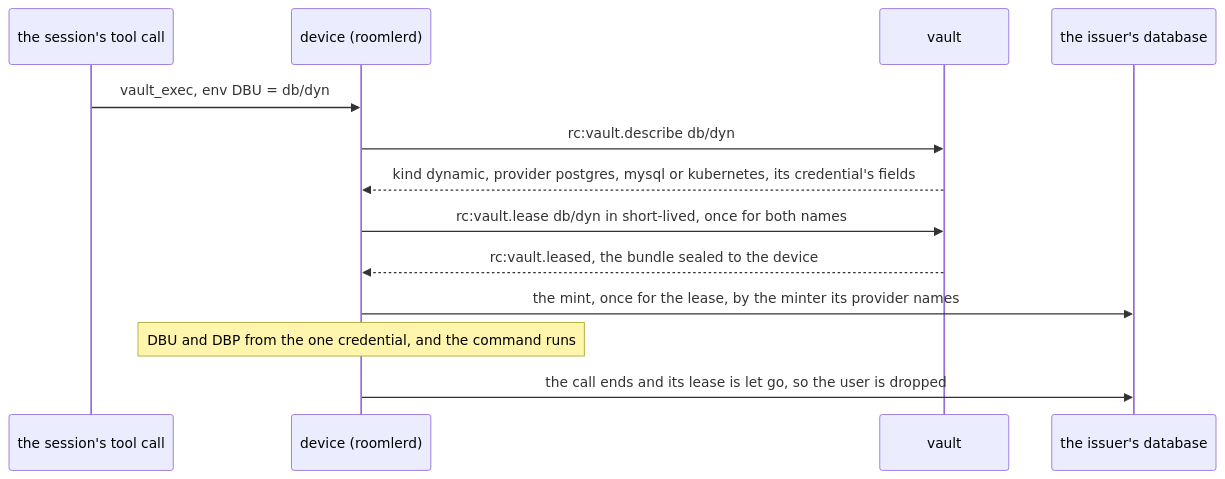
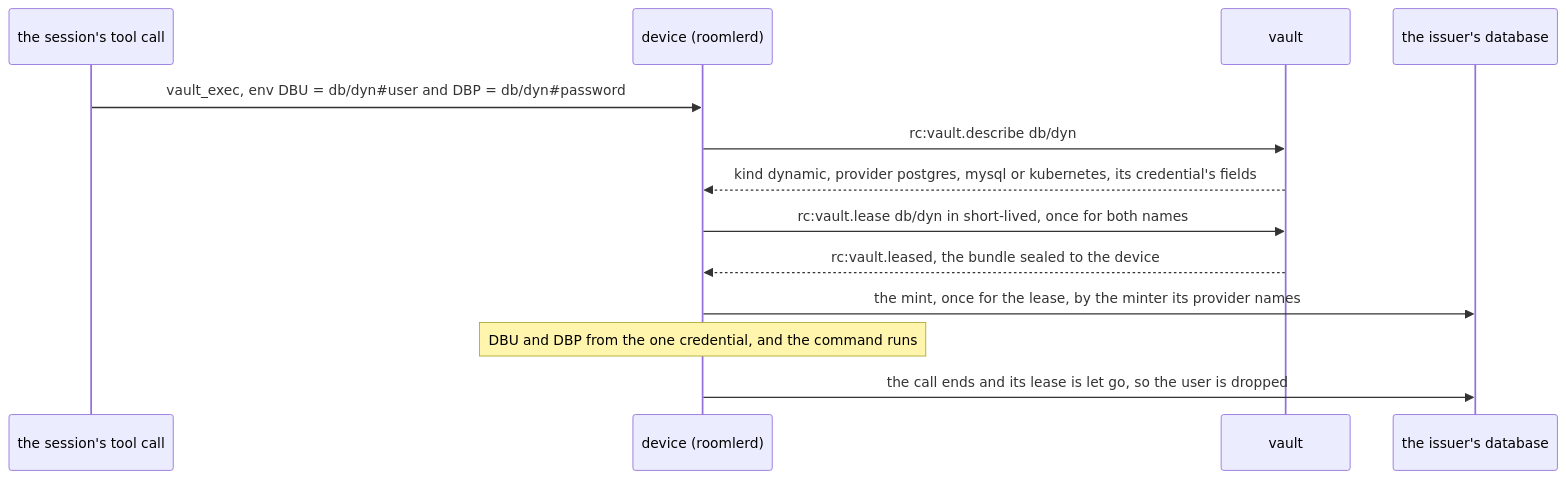
Diagram 24 of 28 in docs/vault.md (gjovanov/roomler-ai), drawn with Mermaid before and after one commit. The commit also changed other lines of this file and 25 other files, not shown here.

````diff
--- a/docs/vault.md
+++ b/docs/vault.md
@@ -1695,15 +1695,15 @@
 ```mermaid
 sequenceDiagram
     participant S as the session's tool call
     participant D as device (roomlerd)
     participant V as vault
     participant P as the issuer's database
-    S->>D: vault_exec, env DBU = db/dyn#user and DBP = db/dyn#password
+    S->>D: vault_exec, env DBU = db/dyn#35;user and DBP = db/dyn#35;password
     D->>V: rc:vault.describe db/dyn
     V-->>D: kind dynamic, provider postgres, mysql or kubernetes, its credential's fields
     D->>V: rc:vault.lease db/dyn in short-lived, once for both names
     V-->>D: rc:vault.leased, the bundle sealed to the device
     D->>P: the mint, once for the lease, by the minter its provider names
     Note over D: DBU and DBP from the one credential, and the command runs
     D->>P: the call ends and its lease is let go, so the user is dropped
 ```
````
